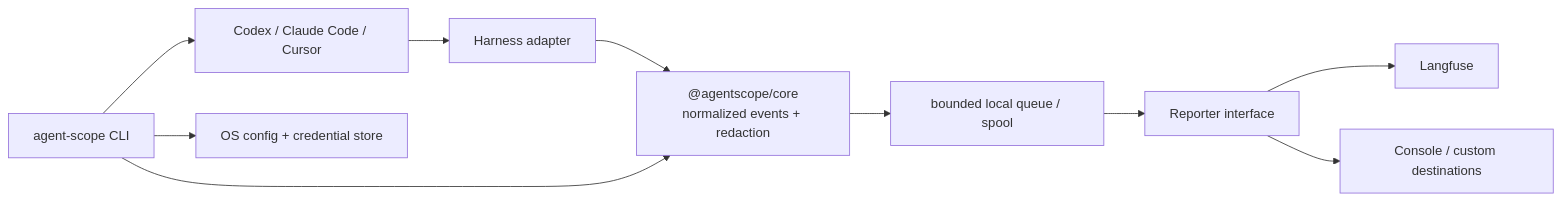
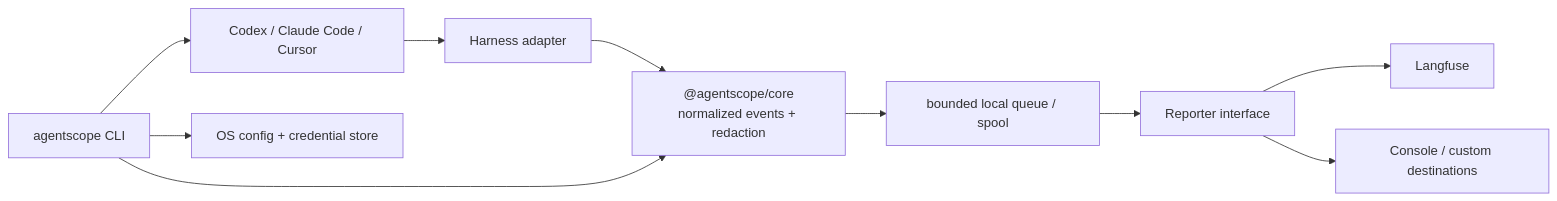
One commit to Melbourneandrew/agentscope changed the diagram in blueprints/README.md. Above: the diagram before and after it, drawn with Mermaid. The commit also changed other lines of this file and 27 other files, not shown here.

````diff
--- a/blueprints/README.md
+++ b/blueprints/README.md
@@ -5,12 +5,12 @@
 ```mermaid
 flowchart LR
   H["Codex / Claude Code / Cursor"] --> A["Harness adapter"]
   A --> C["@agentscope/core\nnormalized events + redaction"]
   C --> Q["bounded local queue / spool"]
   Q --> R["Reporter interface"]
   R --> L["Langfuse"]
   R --> O["Console / custom destinations"]
-  CLI["agent-scope CLI"] --> H
+  CLI["agentscope CLI"] --> H
   CLI --> CFG["OS config + credential store"]
   CLI --> C
 ```
````
